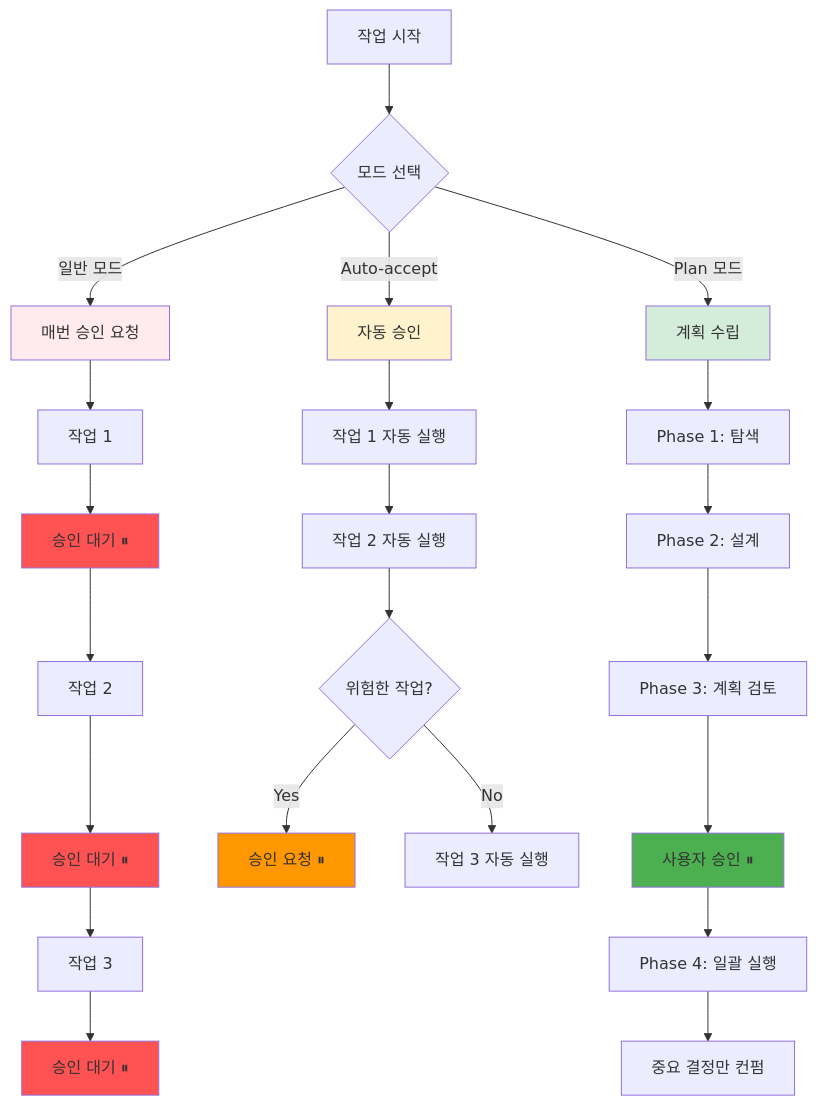
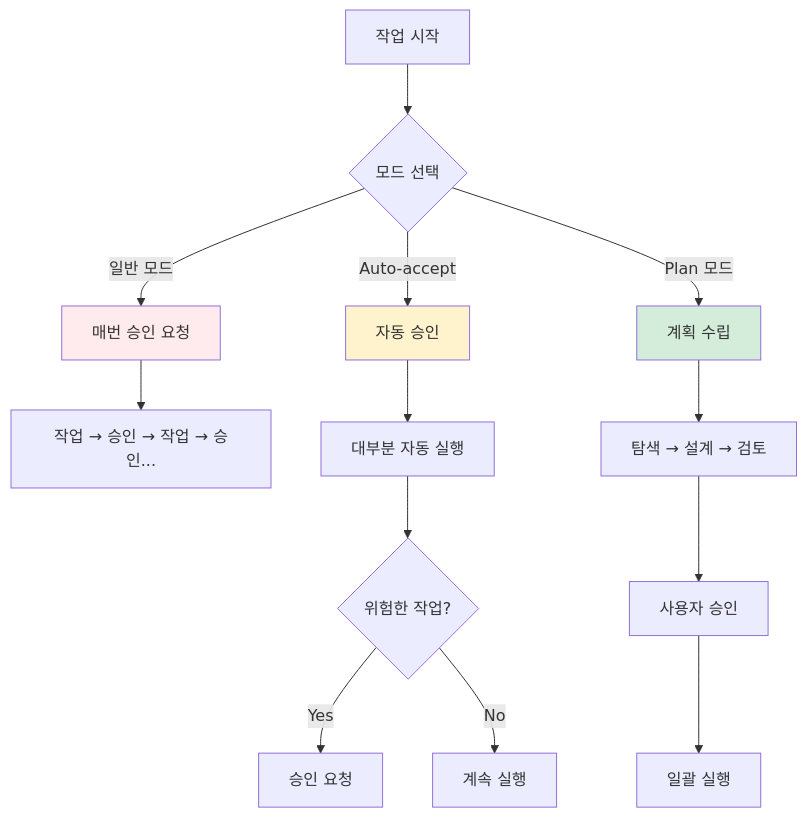
The third of 5 diagrams in 02-literacy/24-system.md (Kanghyeop/pages-book-agent101), drawn with Mermaid before and after one commit. The commit also changed other lines of this file and 1 other file, not shown here.

First line of the commit message:
Mermaid 다이어그램 단순화 동기화

````diff
--- a/02-literacy/24-system.md
+++ b/02-literacy/24-system.md
@@ -136,37 +136,23 @@
 ```mermaid
 flowchart TD
     Start[작업 시작] --> Mode{모드 선택}
 
     Mode -->|일반 모드| Normal[매번 승인 요청]
     Mode -->|Auto-accept| Auto[자동 승인]
     Mode -->|Plan 모드| Plan[계획 수립]
 
-    Normal --> Task1[작업 1]
-    Task1 --> Approve1["승인 대기 ⏸"]
-    Approve1 --> Task2[작업 2]
-    Task2 --> Approve2["승인 대기 ⏸"]
-    Approve2 --> Task3[작업 3]
-    Task3 --> Approve3["승인 대기 ⏸"]
+    Normal --> N1["작업 → 승인 → 작업 → 승인..."]
 
-    Auto --> AutoTask1[작업 1 자동 실행]
-    AutoTask1 --> AutoTask2[작업 2 자동 실행]
-    AutoTask2 --> Critical{위험한 작업?}
-    Critical -->|Yes| ApproveAuto["승인 요청 ⏸"]
-    Critical -->|No| AutoTask3[작업 3 자동 실행]
+    Auto --> A1[대부분 자동 실행]
+    A1 --> A2{위험한 작업?}
+    A2 -->|Yes| A3[승인 요청]
+    A2 -->|No| A4[계속 실행]
 
-    Plan --> Explore[Phase 1: 탐색]
-    Explore --> Design[Phase 2: 설계]
-    Design --> Review[Phase 3: 계획 검토]
-    Review --> UserApprove["사용자 승인 ⏸"]
-    UserApprove --> Execute[Phase 4: 일괄 실행]
-    Execute --> Confirm[중요 결정만 컨펌]
+    Plan --> P1[탐색 → 설계 → 검토]
+    P1 --> P2[사용자 승인]
+    P2 --> P3[일괄 실행]
 
     style Normal fill:#FFEBEE
     style Auto fill:#FFF3CD
     style Plan fill:#D4EDDA
-    style Approve1 fill:#ff5252
-    style Approve2 fill:#ff5252
-    style Approve3 fill:#ff5252
-    style ApproveAuto fill:#ff9800
-    style UserApprove fill:#4caf50
 ```
````
